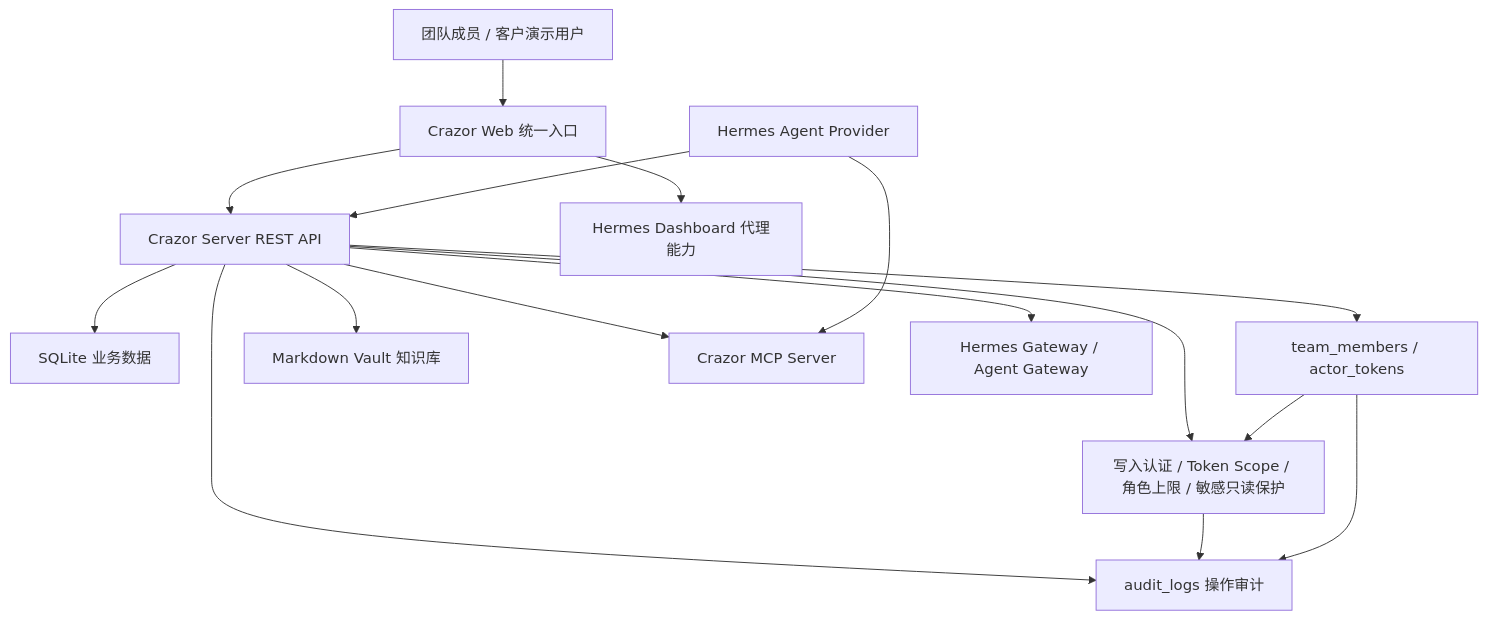
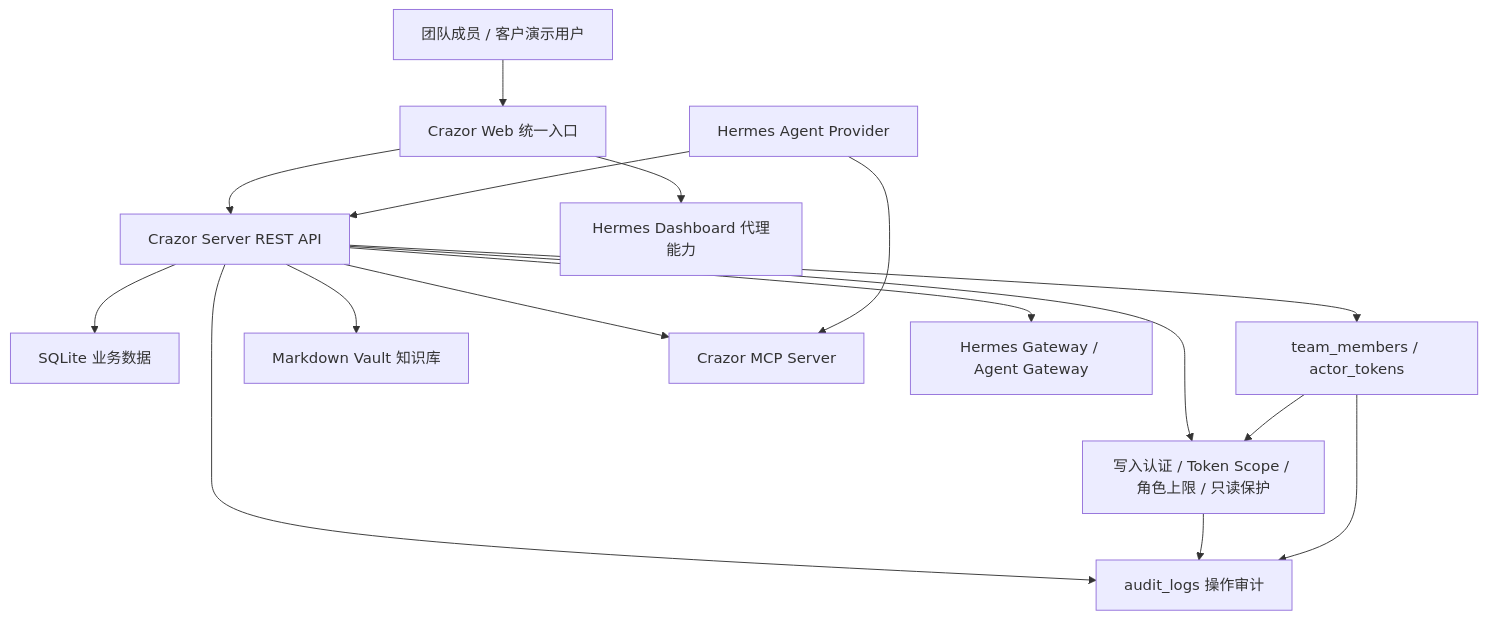
The first of 4 diagrams in docs/audit/product-function-map.md (superxia01/Crazor), drawn with Mermaid before and after one commit. The commit also changed other lines of this file and 8 other files, not shown here.

````diff
--- a/docs/audit/product-function-map.md
+++ b/docs/audit/product-function-map.md
@@ -7,18 +7,18 @@
 ```mermaid
 graph TD
   User["团队成员 / 客户演示用户"] --> Web["Crazor Web 统一入口"]
   Web --> Server["Crazor Server REST API"]
   Web --> HermesDashboard["Hermes Dashboard 代理能力"]
   Server --> DB["SQLite 业务数据"]
   Server --> Identity["team_members / actor_tokens"]
-  Server --> Permission["写入认证 / Token Scope / 角色上限 / 敏感只读保护"]
+  Server --> Permission["写入认证 / Token Scope / 角色上限 / 只读保护"]
   Server --> Audit["audit_logs 操作审计"]
   Server --> Vault["Markdown Vault 知识库"]
   Server --> MCP["Crazor MCP Server"]
   Hermes["Hermes Agent Provider"] --> MCP
   Hermes --> Server
   Server --> HermesGateway["Hermes Gateway / Agent Gateway"]
   Identity --> Permission
   Permission --> Audit
   Identity --> Audit
 ```
````
